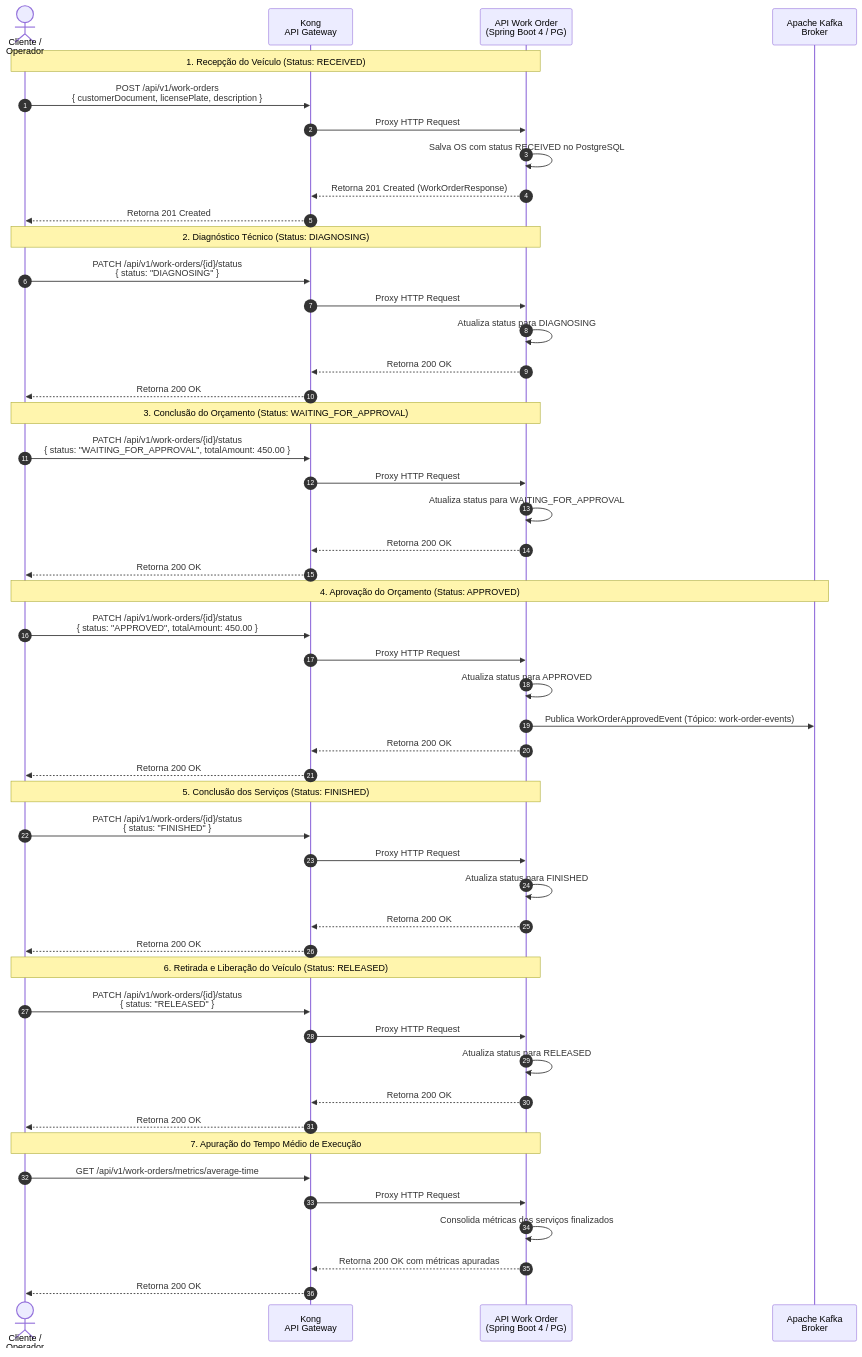
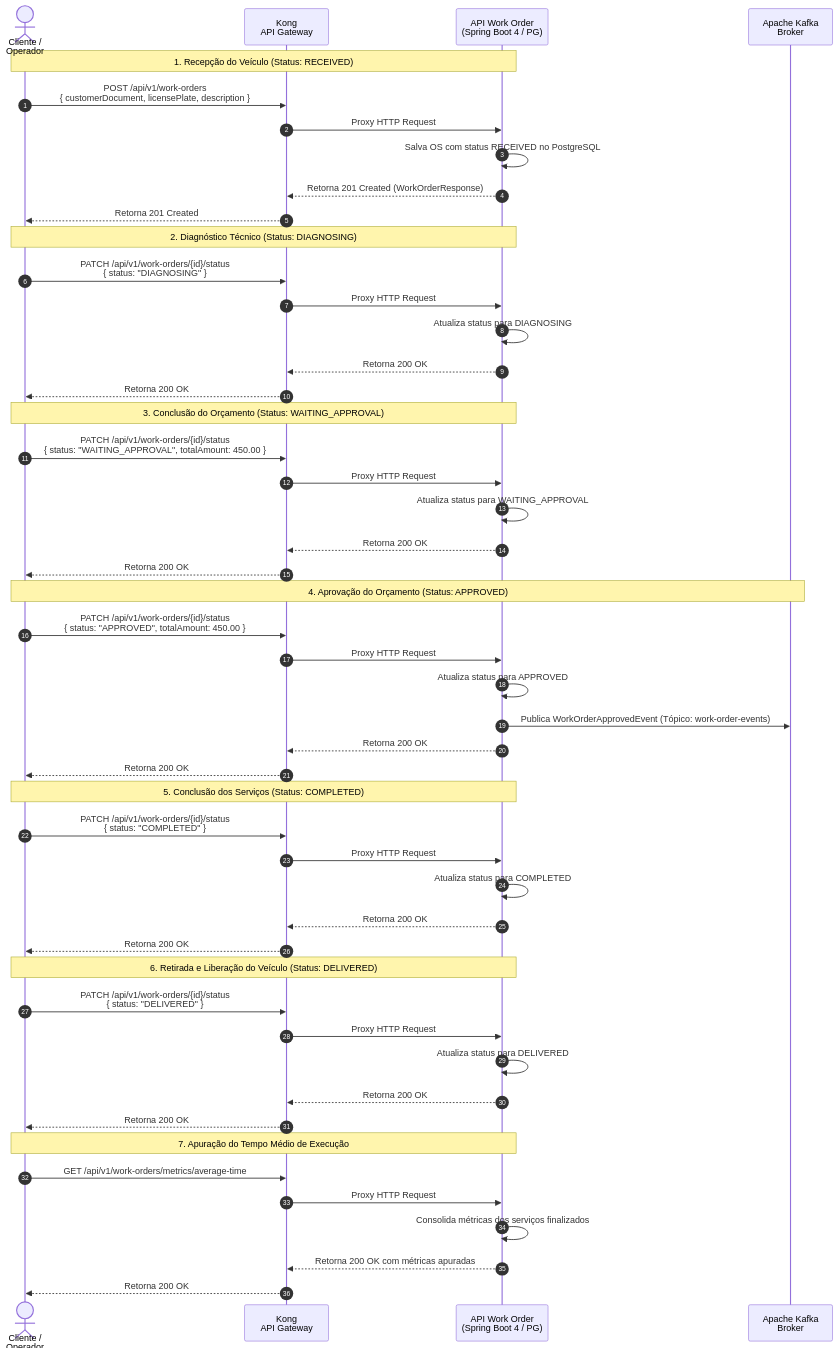
The diagram in src/test/resources/features/work-order/work_order_lifecycle.md (rodsordi/15soat-phase4-e2e), drawn with Mermaid before and after one commit. The commit also changed 18 other files, not shown here.

````diff
--- a/src/test/resources/features/work-order/work_order_lifecycle.md
+++ b/src/test/resources/features/work-order/work_order_lifecycle.md
@@ -10,65 +10,65 @@
 ```mermaid
 sequenceDiagram
     autonumber
     actor Cliente as Cliente /<br/>Operador
     participant Kong as Kong<br/>API Gateway
     participant WO as API Work Order<br/>(Spring Boot 4 / PG)
     participant Kafka as Apache Kafka<br/>Broker
 
     %% 1. Recepção
     Note over Cliente,WO: 1. Recepção do Veículo (Status: RECEIVED)
     Cliente->>Kong: POST /api/v1/work-orders<br/>{ customerDocument, licensePlate, description }
     Kong->>WO: Proxy HTTP Request
     WO->>WO: Salva OS com status RECEIVED no PostgreSQL
     WO-->>Kong: Retorna 201 Created (WorkOrderResponse)
     Kong-->>Cliente: Retorna 201 Created
 
     %% 2. Diagnóstico
     Note over Cliente,WO: 2. Diagnóstico Técnico (Status: DIAGNOSING)
     Cliente->>Kong: PATCH /api/v1/work-orders/{id}/status<br/>{ status: "DIAGNOSING" }
     Kong->>WO: Proxy HTTP Request
     WO->>WO: Atualiza status para DIAGNOSING
     WO-->>Kong: Retorna 200 OK
     Kong-->>Cliente: Retorna 200 OK
 
     %% 3. Orçamento
-    Note over Cliente,WO: 3. Conclusão do Orçamento (Status: WAITING_FOR_APPROVAL)
-    Cliente->>Kong: PATCH /api/v1/work-orders/{id}/status<br/>{ status: "WAITING_FOR_APPROVAL", totalAmount: 450.00 }
+    Note over Cliente,WO: 3. Conclusão do Orçamento (Status: WAITING_APPROVAL)
+    Cliente->>Kong: PATCH /api/v1/work-orders/{id}/status<br/>{ status: "WAITING_APPROVAL", totalAmount: 450.00 }
     Kong->>WO: Proxy HTTP Request
-    WO->>WO: Atualiza status para WAITING_FOR_APPROVAL
+    WO->>WO: Atualiza status para WAITING_APPROVAL
     WO-->>Kong: Retorna 200 OK
     Kong-->>Cliente: Retorna 200 OK
 
     %% 4. Aprovação
     Note over Cliente,Kafka: 4. Aprovação do Orçamento (Status: APPROVED)
     Cliente->>Kong: PATCH /api/v1/work-orders/{id}/status<br/>{ status: "APPROVED", totalAmount: 450.00 }
     Kong->>WO: Proxy HTTP Request
     WO->>WO: Atualiza status para APPROVED
     WO->>Kafka: Publica WorkOrderApprovedEvent (Tópico: work-order-events)
     WO-->>Kong: Retorna 200 OK
     Kong-->>Cliente: Retorna 200 OK
 
     %% 5. Finalização
-    Note over Cliente,WO: 5. Conclusão dos Serviços (Status: FINISHED)
-    Cliente->>Kong: PATCH /api/v1/work-orders/{id}/status<br/>{ status: "FINISHED" }
+    Note over Cliente,WO: 5. Conclusão dos Serviços (Status: COMPLETED)
+    Cliente->>Kong: PATCH /api/v1/work-orders/{id}/status<br/>{ status: "COMPLETED" }
     Kong->>WO: Proxy HTTP Request
-    WO->>WO: Atualiza status para FINISHED
+    WO->>WO: Atualiza status para COMPLETED
     WO-->>Kong: Retorna 200 OK
     Kong-->>Cliente: Retorna 200 OK
 
     %% 6. Liberação
-    Note over Cliente,WO: 6. Retirada e Liberação do Veículo (Status: RELEASED)
-    Cliente->>Kong: PATCH /api/v1/work-orders/{id}/status<br/>{ status: "RELEASED" }
+    Note over Cliente,WO: 6. Retirada e Liberação do Veículo (Status: DELIVERED)
+    Cliente->>Kong: PATCH /api/v1/work-orders/{id}/status<br/>{ status: "DELIVERED" }
     Kong->>WO: Proxy HTTP Request
-    WO->>WO: Atualiza status para RELEASED
+    WO->>WO: Atualiza status para DELIVERED
     WO-->>Kong: Retorna 200 OK
     Kong-->>Cliente: Retorna 200 OK
 
     %% 7. Métricas
     Note over Cliente,WO: 7. Apuração do Tempo Médio de Execução
     Cliente->>Kong: GET /api/v1/work-orders/metrics/average-time
     Kong->>WO: Proxy HTTP Request
     WO->>WO: Consolida métricas dos serviços finalizados
     WO-->>Kong: Retorna 200 OK com métricas apuradas
     Kong-->>Cliente: Retorna 200 OK
 ```
````
